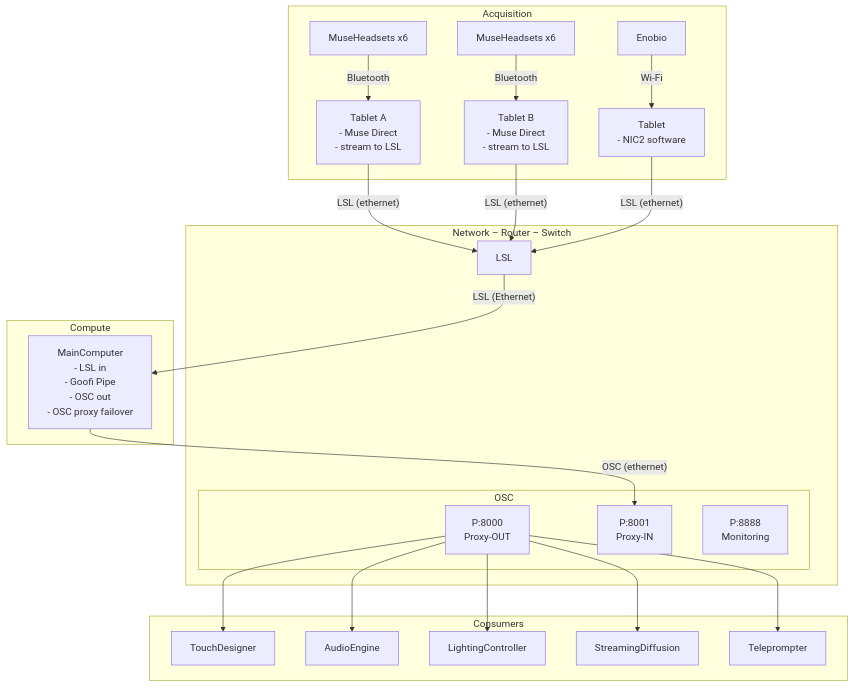
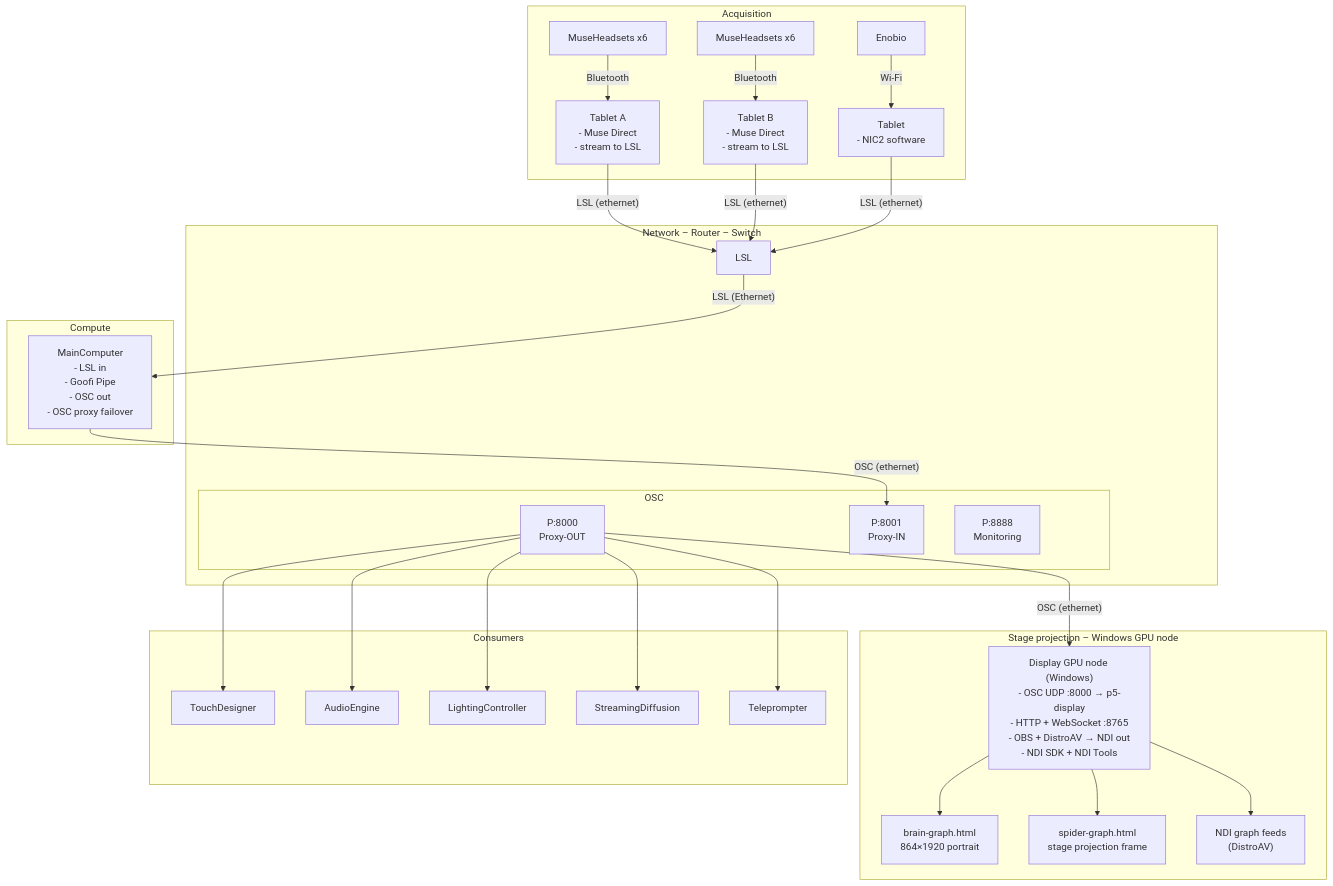
The diagram in README.md (FranckPrts/neuro-theater-eeg), drawn with Mermaid before and after one commit. The commit also changed other lines of this file, not shown here.

Commit message:
(doc) Readme Plotting with three node

````diff
--- a/README.md
+++ b/README.md
@@ -30,46 +30,57 @@
 ```mermaid
 flowchart TD
   subgraph network [Network – Router – Switch]
     LSL["LSL"]
     subgraph osc [OSC]
       8000["P:8000\nProxy-OUT"]
       8001["P:8001\nProxy-IN"]
       8888["P:8888\nMonitoring"]
     end
   end
 
   subgraph acquisition [Acquisition]
     enobio[Enobio]
     tabletNic2["Tablet\n- NIC2 software"]
     museHeadsets6A[MuseHeadsets x6]
     museHeadsets6[MuseHeadsets x6]
     tabletMuseA["Tablet A\n- Muse Direct\n- stream to LSL"]
     tabletMuseB["Tablet B\n- Muse Direct\n- stream to LSL"]
     enobio -->|"Wi-Fi"| tabletNic2
     museHeadsets6A -->|"Bluetooth"| tabletMuseA
     museHeadsets6 -->|"Bluetooth"| tabletMuseB
   end
 
   subgraph compute [Compute]
     mainComputer["MainComputer\n- LSL in\n- Goofi Pipe\n- OSC out\n- OSC proxy failover"]
   end
 
+  subgraph stageProjection [Stage projection – Windows GPU node]
+    displayGpu["Display GPU node (Windows)\n- OSC UDP :8000 → p5-display\n- HTTP + WebSocket :8765\n- OBS + DistroAV → NDI out\n- NDI SDK + NDI Tools"]
+    brainGraph["brain-graph.html\n864×1920 portrait"]
+    spiderGraph["spider-graph.html\nstage projection frame"]
+    ndiGraphOut["NDI graph feeds\n(DistroAV)"]
+    displayGpu --> brainGraph
+    displayGpu --> spiderGraph
+    displayGpu --> ndiGraphOut
+  end
+
   subgraph consumers [Consumers]
     touchDesigner[TouchDesigner]
     audioEngine[AudioEngine]
     videoController[LightingController]
     streamingDiffusion[StreamingDiffusion]
     telepromter[Teleprompter]
   end
 
   tabletMuseA -->|"LSL (ethernet)"| LSL
   tabletMuseB -->|"LSL (ethernet)"| LSL
   tabletNic2 -->|"LSL (ethernet)"| LSL
   mainComputer -->|"OSC (ethernet)"| 8001
   LSL -->|"LSL (Ethernet)"| mainComputer
   8000 --> touchDesigner
   8000 --> audioEngine
   8000 --> videoController
   8000 --> streamingDiffusion
   8000 --> telepromter
+  8000 -->|"OSC (ethernet)"| displayGpu
 ```
````
